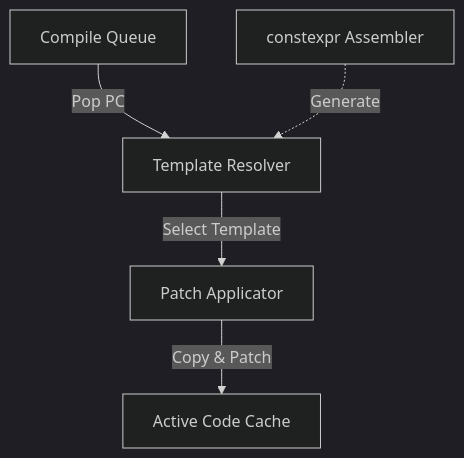
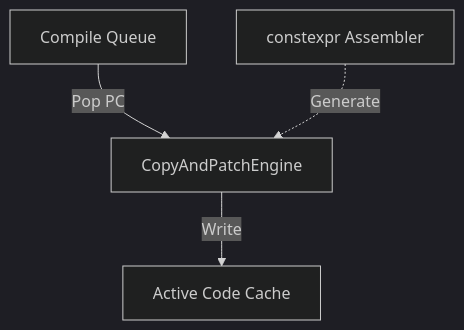
Before and after one commit to kmt-t/fireball: the first of 2 diagrams in docs/orders/components/jit_copy_and_patch_engine.md, drawn with Mermaid (dark theme). The commit also changed other lines of this file and 11 other files, not shown here.

````diff
--- a/docs/orders/components/jit_copy_and_patch_engine.md
+++ b/docs/orders/components/jit_copy_and_patch_engine.md
@@ -16,7 +17,6 @@
 ```mermaid
 graph TD
-    Queue[Compile Queue] -->|Pop PC| Resolver[Template Resolver]
-    Resolver -->|Select Template| Applicator[Patch Applicator]
-    Applicator -->|Copy & Patch| Cache[Active Code Cache]
-    Const[constexpr Assembler] -.->|Generate| Resolver
+    Queue[Compile Queue] -->|Pop PC| Engine[CopyAndPatchEngine]
+    Engine -->|Write| Cache[Active Code Cache]
+    Const[constexpr Assembler] -.->|Generate| Engine
 ```
````
